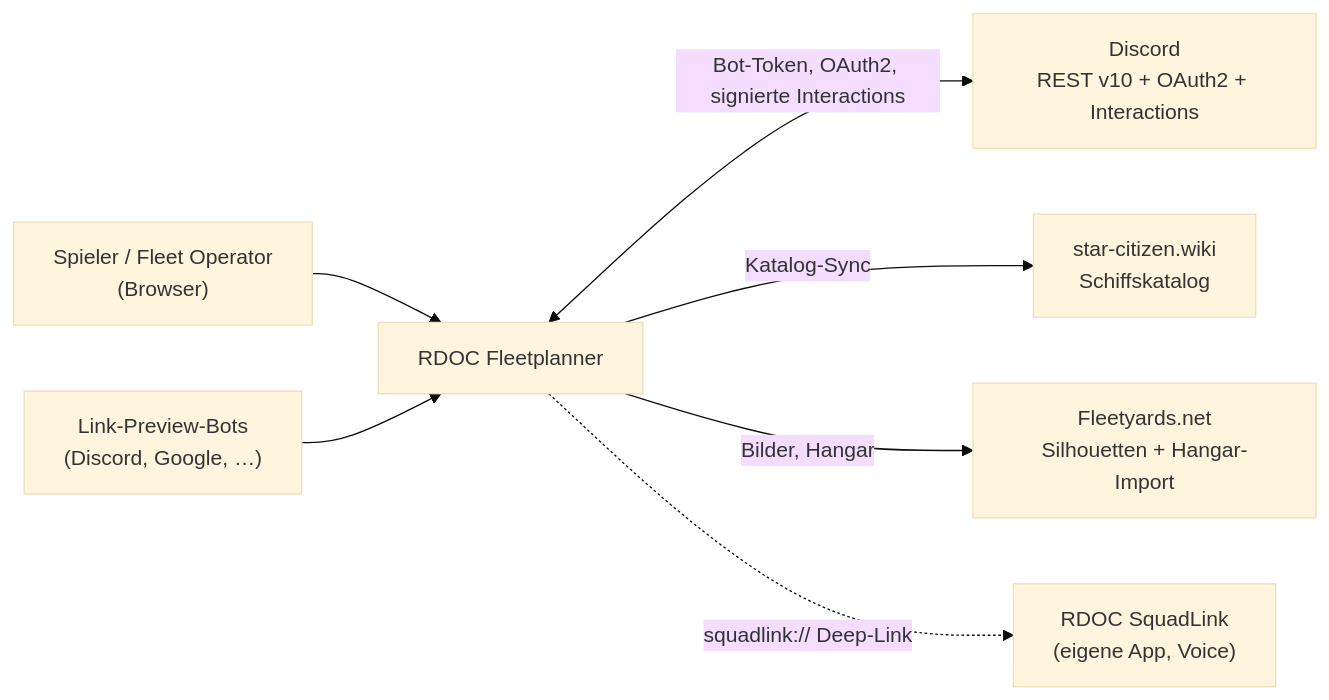
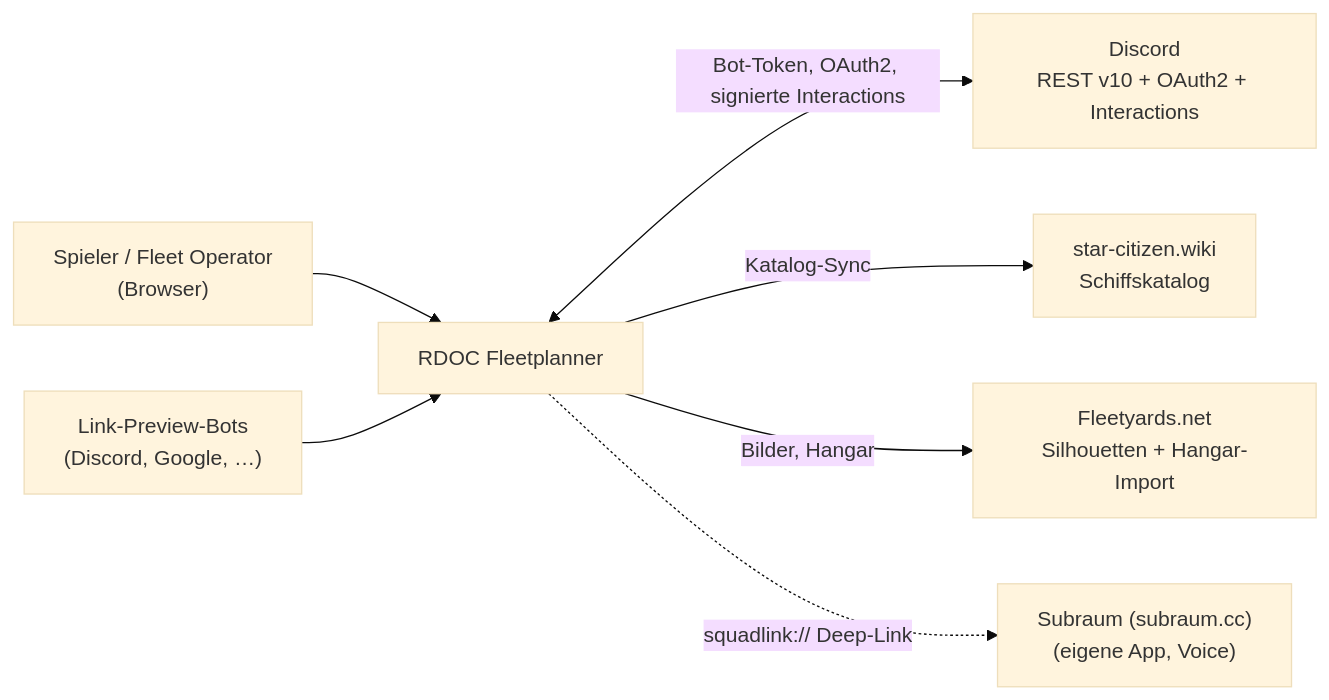
Before and after one commit to cccdemon/RDOC-Suite: the first of 16 diagrams in docs/ARCHITEKTUR.md, drawn with Mermaid (base theme). The commit also changed other lines of this file and 21 other files, not shown here.

````diff
--- a/docs/ARCHITEKTUR.md
+++ b/docs/ARCHITEKTUR.md
@@ -20,17 +20,17 @@
 ```mermaid
 graph LR
     Spieler["Spieler / Fleet Operator<br/>(Browser)"]
     Bot["Link-Preview-Bots<br/>(Discord, Google, …)"]
     FP["RDOC Fleetplanner"]
     Discord["Discord<br/>REST v10 + OAuth2 + Interactions"]
     SCWiki["star-citizen.wiki<br/>Schiffskatalog"]
     Fleetyards["Fleetyards.net<br/>Silhouetten + Hangar-Import"]
-    SquadLink["RDOC SquadLink<br/>(eigene App, Voice)"]
+    SquadLink["Subraum (subraum.cc)<br/>(eigene App, Voice)"]
 
     Spieler --> FP
     Bot --> FP
     FP <-->|Bot-Token, OAuth2, signierte Interactions| Discord
     FP -->|Katalog-Sync| SCWiki
     FP -->|Bilder, Hangar| Fleetyards
     FP -.->|squadlink:// Deep-Link| SquadLink
 ```
````
